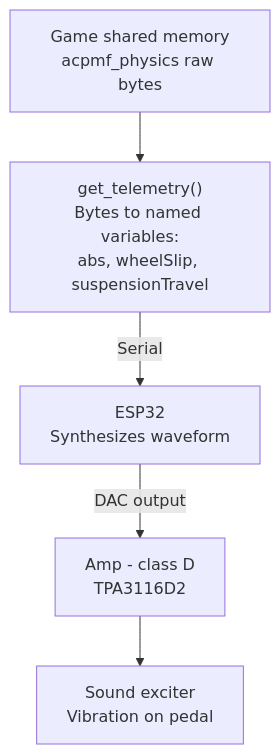
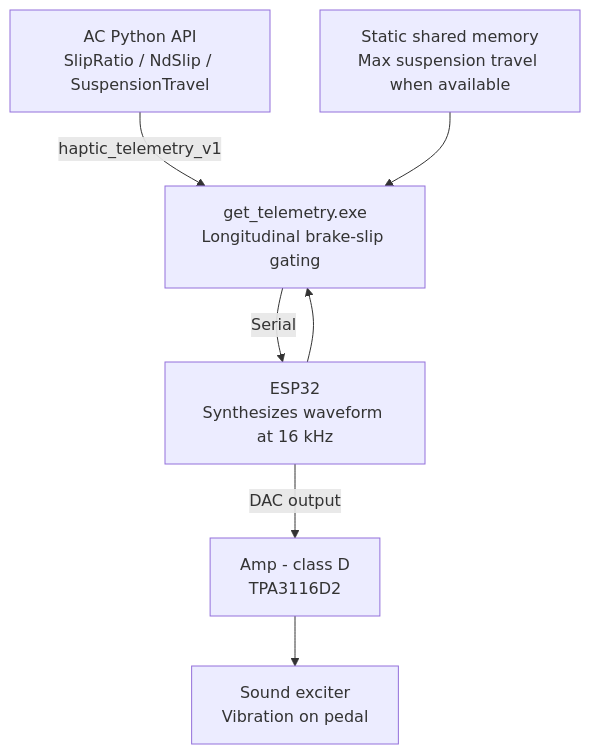
One commit to tminh-U/DIY-Haptic-Motor-for-Pedals changed the second of 3 diagrams in README.md. Above: the diagram before and after it, drawn with Mermaid. The commit also changed other lines of this file and 23 other files, not shown here.

````diff
--- a/README.md
+++ b/README.md
@@ -46,7 +49,9 @@
 ```mermaid
 flowchart TD
-    A["Game shared memory<br/>acpmf_physics raw bytes"] --> B["get_telemetry()<br/>Bytes to named variables:<br/>abs, wheelSlip, suspensionTravel"]
-    B -->|Serial| C["ESP32<br/>Synthesizes waveform"]
+    A["AC Python API<br/>SlipRatio / NdSlip / SuspensionTravel"] -->|"haptic_telemetry_v1"| B["get_telemetry.exe<br/>Longitudinal brake-slip gating"]
+    C["ACC shared memory<br/>SlipRatio / absInAction / SuspensionTravel"] --> B
+    S["Static shared memory<br/>Max suspension travel when available"] --> B
+    B -->|Serial| C["ESP32<br/>Synthesizes waveform at 16 kHz"]
     C -->|DAC output| D["Amp - class D<br/>TPA3116D2"]
     D --> E["Sound exciter<br/>Vibration on pedal"]
 ```
````
